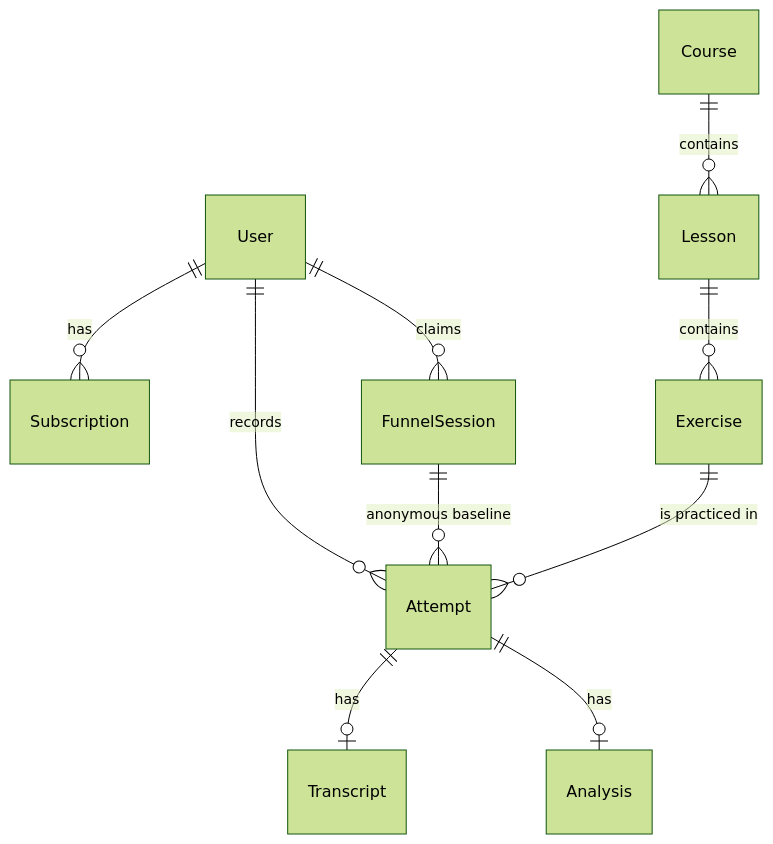
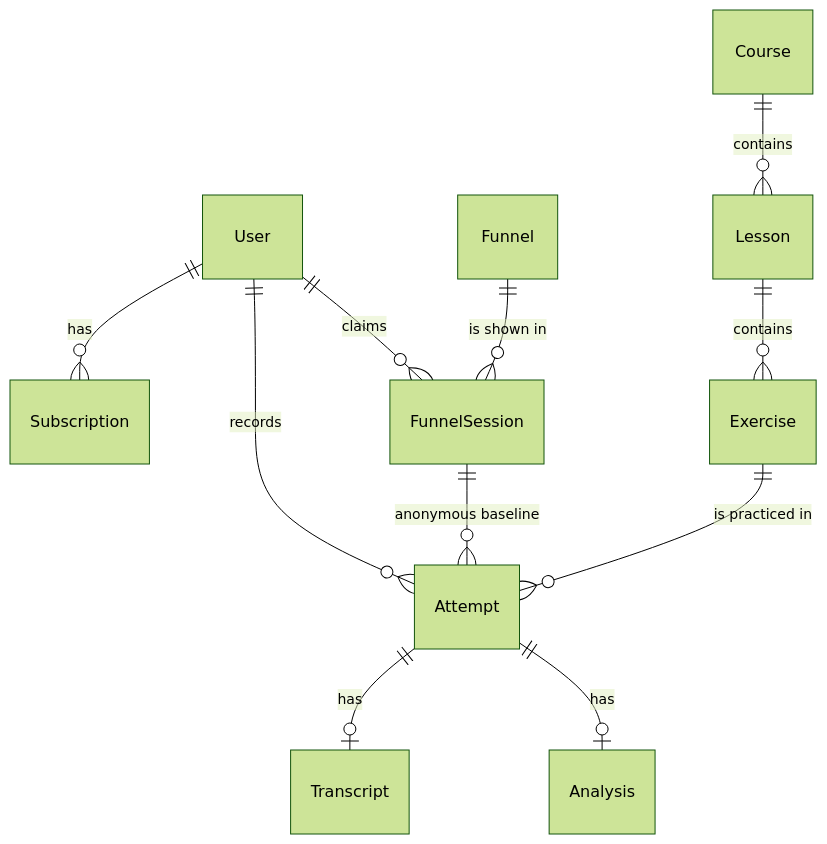
One commit to HrynchukTymofii/SpeakUp changed the fifth of 5 diagrams in docs/architecture.md. Above: the diagram before and after it, drawn with Mermaid (forest theme). The commit also changed other lines of this file and 2 other files, not shown here.

First line of the commit message:
feat(db): add Funnel model and funnel/attribution columns on FunnelSession

````diff
--- a/docs/architecture.md
+++ b/docs/architecture.md
@@ -229,12 +229,13 @@
 ```mermaid
 erDiagram
   User ||--o{ Attempt : records
   User ||--o{ Subscription : has
   User ||--o{ FunnelSession : "claims"
   FunnelSession ||--o{ Attempt : "anonymous baseline"
+  Funnel ||--o{ FunnelSession : "is shown in"
   Course ||--o{ Lesson : contains
   Lesson ||--o{ Exercise : contains
   Exercise ||--o{ Attempt : "is practiced in"
   Attempt ||--o| Transcript : has
   Attempt ||--o| Analysis : has
 ```
````
